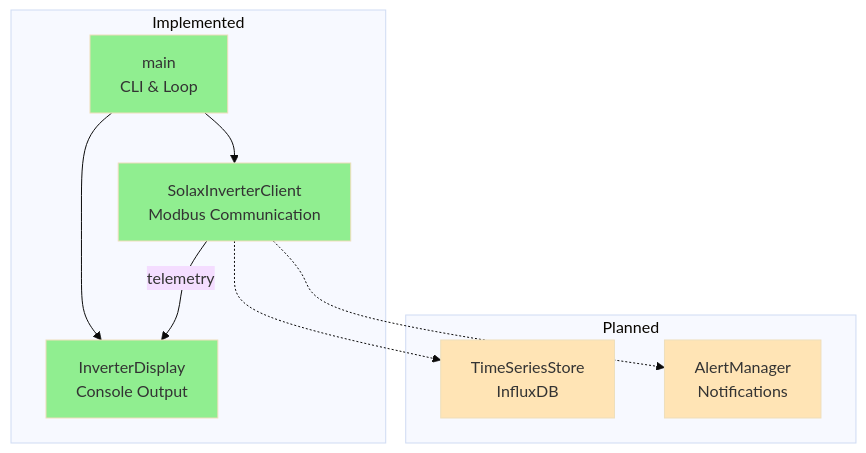
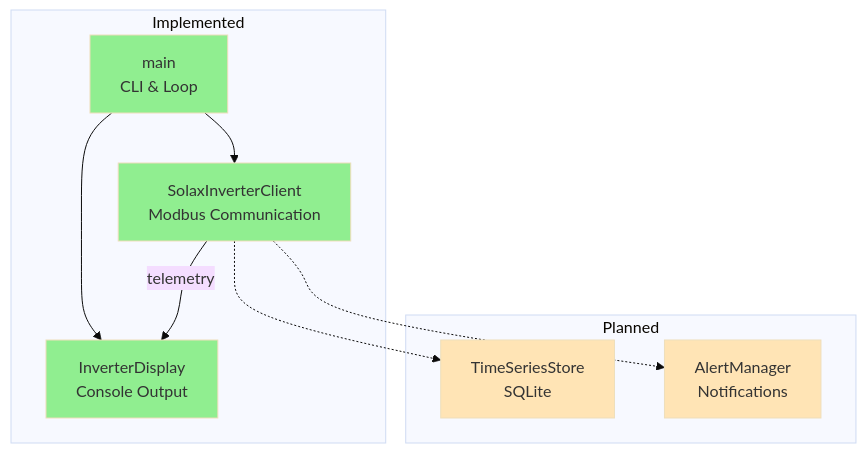
The second of 4 diagrams in ai/workspace/design/design-solax-modbus-master.md (William12556/solax-modbus), drawn with Mermaid (base theme) before and after one commit. The commit also changed other lines of this file and 15 other files, not shown here.

````diff
--- a/ai/workspace/design/design-solax-modbus-master.md
+++ b/ai/workspace/design/design-solax-modbus-master.md
@@ -143,26 +146,26 @@
 ```mermaid
 flowchart TD
     subgraph "Implemented"
         CLI[main<br/>CLI & Loop]
         CLIENT[SolaxInverterClient<br/>Modbus Communication]
         DISPLAY[InverterDisplay<br/>Console Output]
     end
     
     subgraph "Planned"
-        STORE[TimeSeriesStore<br/>InfluxDB]
+        STORE[TimeSeriesStore<br/>SQLite]
         MONITOR[AlertManager<br/>Notifications]
     end
     
     CLI --> CLIENT
     CLI --> DISPLAY
     CLIENT --> |telemetry| DISPLAY
     
     CLIENT -.-> STORE
     CLIENT -.-> MONITOR
     
     style CLI fill:#90EE90
     style CLIENT fill:#90EE90
     style DISPLAY fill:#90EE90
     style STORE fill:#FFE4B5
     style MONITOR fill:#FFE4B5
 ```
````
